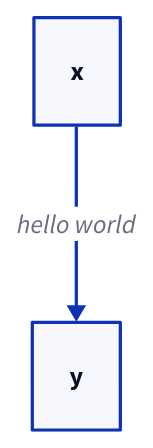
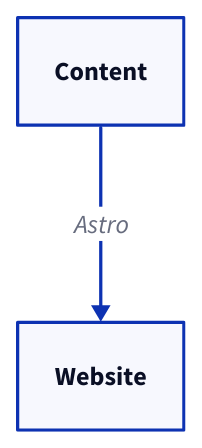
Before and after one commit to HiDeoo/astro-d2: the diagram in docs/src/content/docs/examples/Attributes/dark-theme.md, drawn with D2. The commit also changed other lines of this file and 33 other files, not shown here.

````diff
--- a/docs/src/content/docs/examples/Attributes/dark-theme.md
+++ b/docs/src/content/docs/examples/Attributes/dark-theme.md
@@ -15,3 +15,3 @@
 ```d2 theme=301 darkTheme=301
-x -> y: hello world
+Content -> Website: Astro
 ```
````
